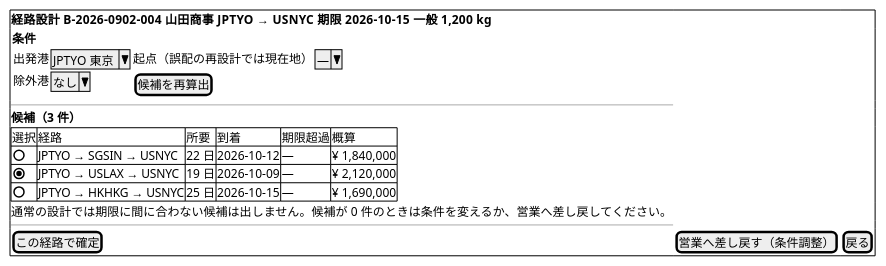
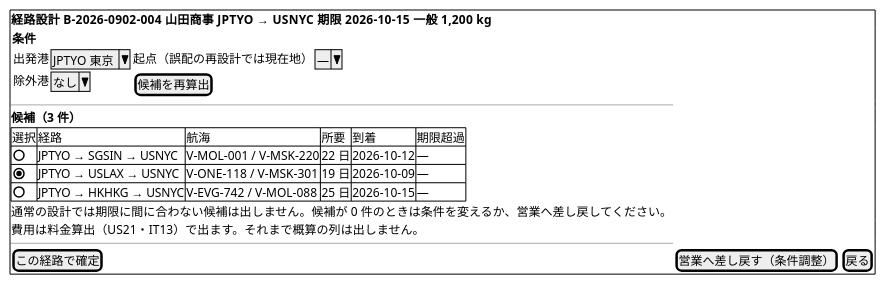
One commit to k2works/case-study-cargo-tracker changed diagram 23 of 32 in docs/design/cargo-tracker/ui_design.md. Above: the diagram before and after it, drawn with PlantUML. The commit also changed other lines of this file and 9 other files, not shown here.

````diff
--- a/docs/design/cargo-tracker/ui_design.md
+++ b/docs/design/cargo-tracker/ui_design.md
@@ -1037,23 +1037,24 @@
 ```plantuml
 @startsalt
 {+
   <b>経路設計  B-2026-0902-004  山田商事  JPTYO → USNYC  期限 2026-10-15  一般 1,200 kg
   {
     <b>条件
     { 出発港 | ^JPTYO 東京^ | 起点（誤配の再設計では現在地） | ^—^
       除外港 | ^なし^ | [候補を再算出] }
   }
   ---
   <b>候補（3 件）
   {#
-    選択 | 経路 | 所要 | 到着 | 期限超過 | 概算
-    ( ) | JPTYO → SGSIN → USNYC | 22 日 | 2026-10-12 | — | ¥ 1,840,000
-    (X) | JPTYO → USLAX → USNYC | 19 日 | 2026-10-09 | — | ¥ 2,120,000
-    ( ) | JPTYO → HKHKG → USNYC | 25 日 | 2026-10-15 | — | ¥ 1,690,000
+    選択 | 経路 | 航海 | 所要 | 到着 | 期限超過
+    ( ) | JPTYO → SGSIN → USNYC | V-MOL-001 / V-MSK-220 | 22 日 | 2026-10-12 | —
+    (X) | JPTYO → USLAX → USNYC | V-ONE-118 / V-MSK-301 | 19 日 | 2026-10-09 | —
+    ( ) | JPTYO → HKHKG → USNYC | V-EVG-742 / V-MOL-088 | 25 日 | 2026-10-15 | —
   }
   通常の設計では期限に間に合わない候補は出しません。候補が 0 件のときは条件を変えるか、営業へ差し戻してください。
+  費用は料金算出（US21・IT13）で出ます。それまで概算の列は出しません。
   ---
   [この経路で確定] | [営業へ差し戻す（条件調整）] | [戻る]
 }
 @endsalt
 ```
````
